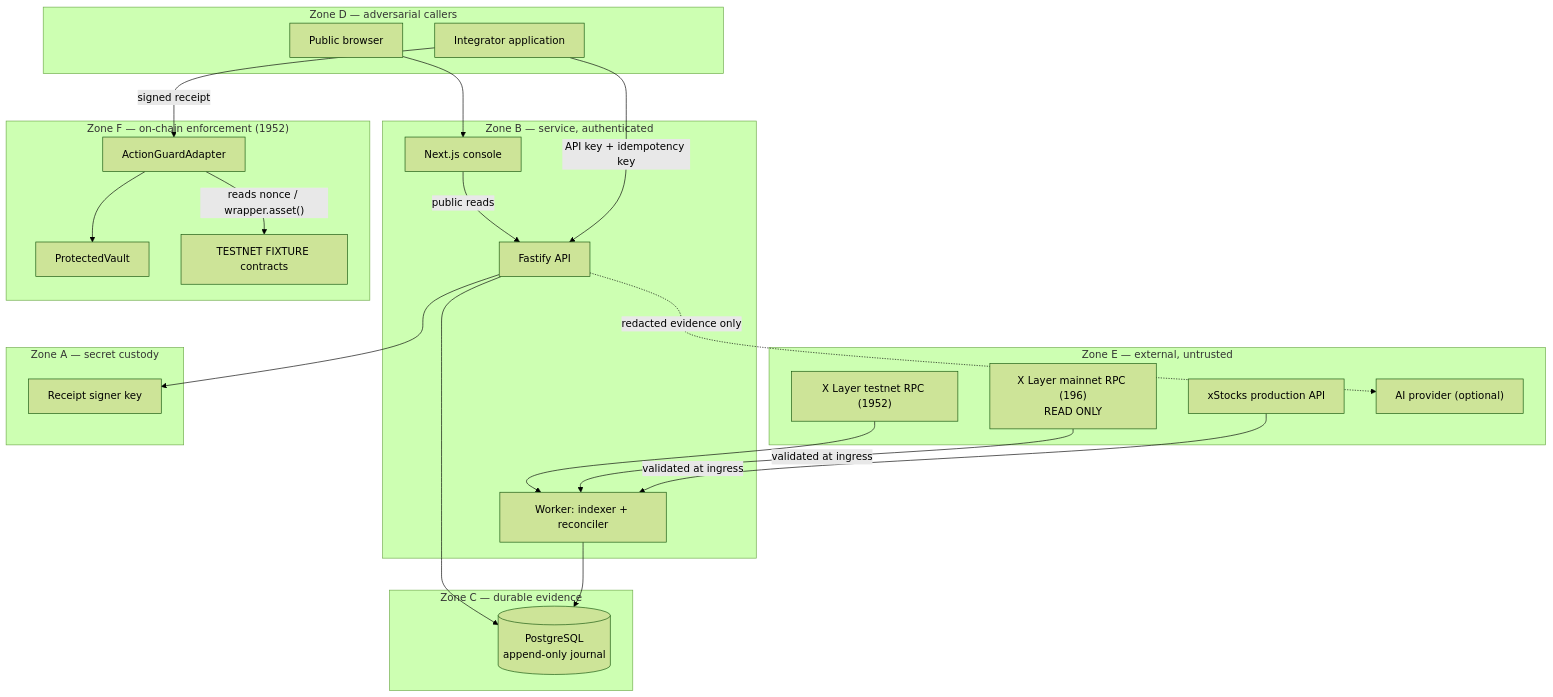
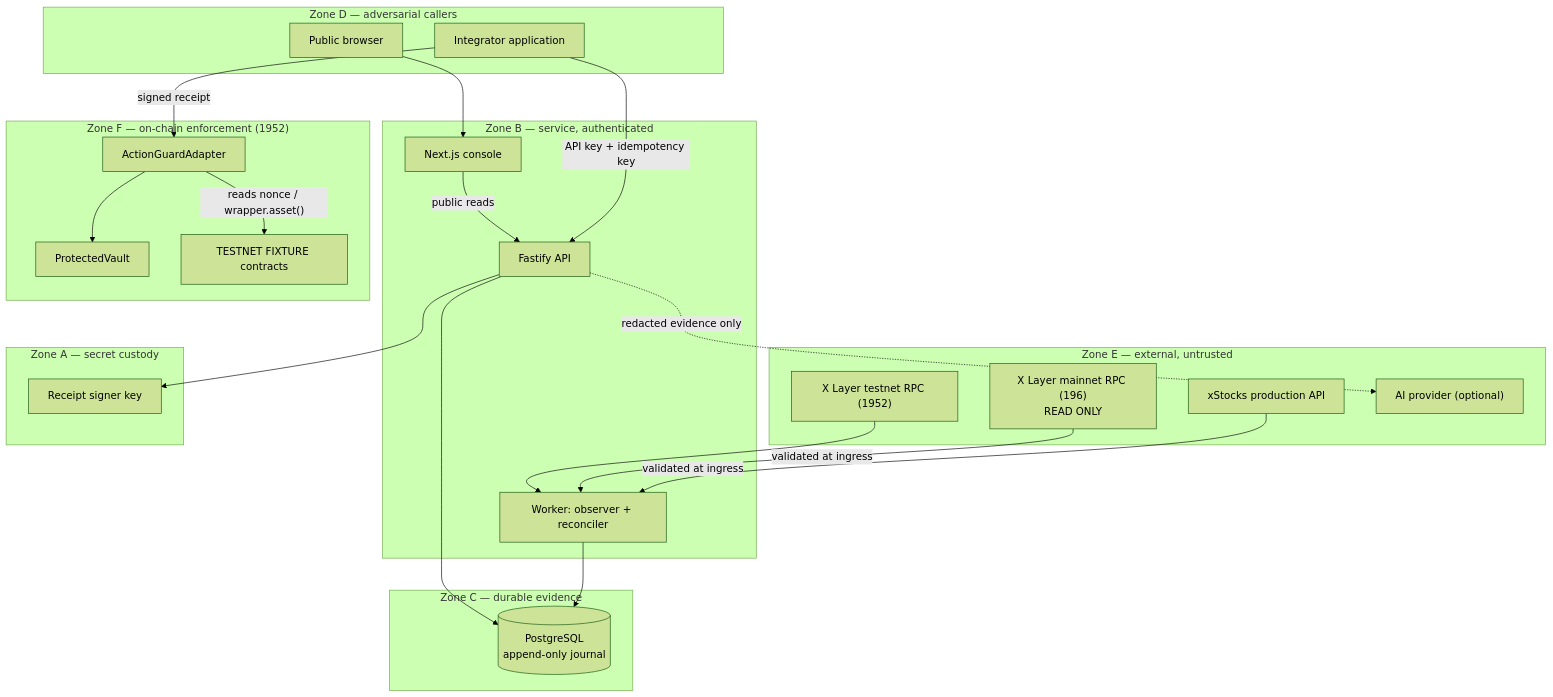
The diagram in docs/architecture/system-context.md (gnanam1990/corporate-action-guard), drawn with Mermaid (forest theme) before and after one commit. The commit also changed 90 other files, not shown here.

````diff
--- a/docs/architecture/system-context.md
+++ b/docs/architecture/system-context.md
@@ -28,48 +28,48 @@
 ```mermaid
 flowchart TB
   subgraph EXT["Zone E — external, untrusted"]
     XS["xStocks production API"]
     RPC196["X Layer mainnet RPC (196)<br/>READ ONLY"]
     RPC1952["X Layer testnet RPC (1952)"]
     LLM["AI provider (optional)"]
   end
 
   subgraph EDGE["Zone D — adversarial callers"]
     INT["Integrator application"]
     BROWSER["Public browser"]
   end
 
   subgraph SVC["Zone B — service, authenticated"]
     API["Fastify API"]
-    WORKER["Worker: indexer + reconciler"]
+    WORKER["Worker: observer + reconciler"]
     WEB["Next.js console"]
   end
 
   subgraph SEC["Zone A — secret custody"]
     SIGNER["Receipt signer key"]
   end
 
   subgraph DATA["Zone C — durable evidence"]
     DB[("PostgreSQL<br/>append-only journal")]
   end
 
   subgraph CHAIN["Zone F — on-chain enforcement (1952)"]
     ADAPTER["ActionGuardAdapter"]
     VAULT["ProtectedVault"]
     FIX["TESTNET FIXTURE contracts"]
   end
 
   XS -->|"validated at ingress"| WORKER
   RPC196 -->|"validated at ingress"| WORKER
   RPC1952 --> WORKER
   WORKER --> DB
   API --> DB
   API --> SIGNER
   INT -->|"API key + idempotency key"| API
   BROWSER --> WEB
   WEB -->|"public reads"| API
   API -.->|"redacted evidence only"| LLM
   INT -->|"signed receipt"| ADAPTER
   ADAPTER --> VAULT
   ADAPTER -->|"reads nonce / wrapper.asset()"| FIX
 ```
````
